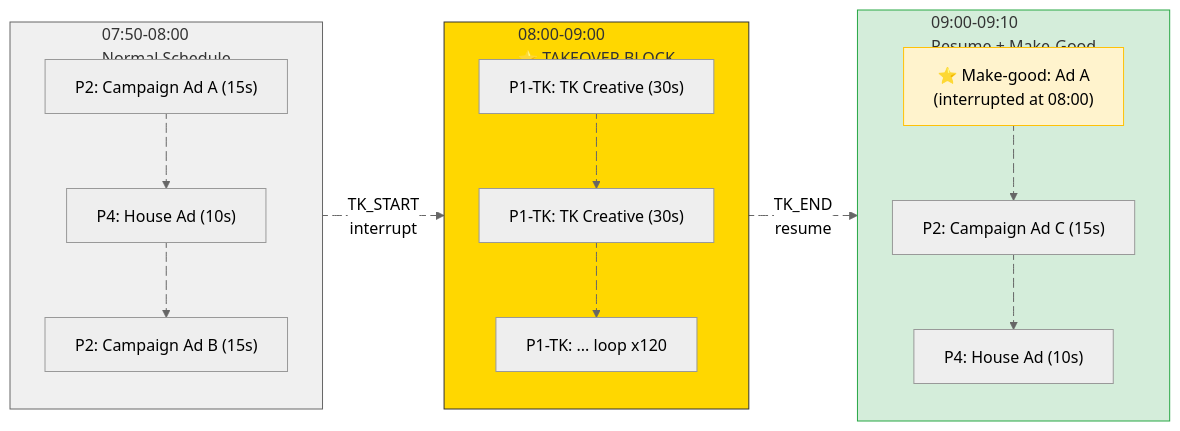
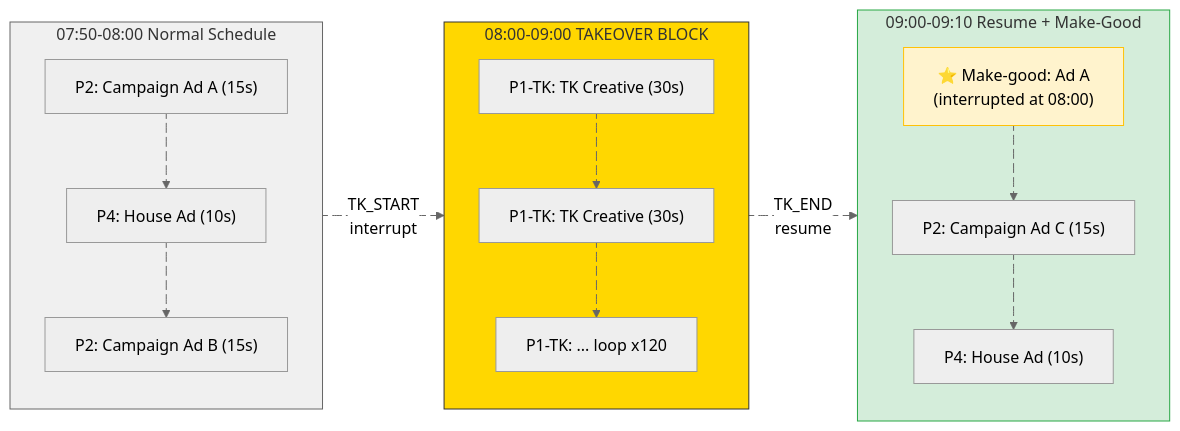
Before and after one commit to wasikarn/jira-generator: the diagram in scripts/diagrams/08-2-takeover-timeline.mmd, drawn with Mermaid (neutral theme). The commit also changed 6 other files, not shown here.

First line of the commit message:
fix: use single-line subgraph titles to prevent node overlap in diagrams

```diff
--- a/scripts/diagrams/08-2-takeover-timeline.mmd
+++ b/scripts/diagrams/08-2-takeover-timeline.mmd
@@ -1,36 +1,36 @@
 flowchart LR
-    subgraph BEFORE["07:50-08:00<br/>Normal Schedule"]
+    subgraph BEFORE["07:50-08:00 Normal Schedule"]
         direction TB
         B1["P2: Campaign Ad A (15s)"]
         B2["P4: House Ad (10s)"]
         B3["P2: Campaign Ad B (15s)"]
         B1 e3@--> B2 e4@--> B3
     end
-    subgraph TK["08:00-09:00<br/>⭐ TAKEOVER BLOCK"]
+    subgraph TK["08:00-09:00 TAKEOVER BLOCK"]
         direction TB
         T1["P1-TK: TK Creative (30s)"]
         T2["P1-TK: TK Creative (30s)"]
         T3["P1-TK: ... loop x120"]
         T1 e5@--> T2 e6@--> T3
     end
-    subgraph AFTER["09:00-09:10<br/>Resume + Make-Good"]
+    subgraph AFTER["09:00-09:10 Resume + Make-Good"]
         direction TB
         A1["⭐ Make-good: Ad A<br/>(interrupted at 08:00)"]
         A2["P2: Campaign Ad C (15s)"]
         A3["P4: House Ad (10s)"]
         A1 e7@--> A2 e8@--> A3
     end
     BEFORE e1@-->|"TK_START<br/>interrupt"| TK
     TK e2@-->|"TK_END<br/>resume"| AFTER
     e1@{ animation: fast }
     e2@{ animation: fast }
     e3@{ animation: fast }
     e4@{ animation: fast }
     e5@{ animation: fast }
     e6@{ animation: fast }
     e7@{ animation: fast }
     e8@{ animation: fast }
     style BEFORE fill:#f0f0f0,stroke:#666
     style TK fill:#ffd700,stroke:#333
     style AFTER fill:#d4edda,stroke:#28a745
     style A1 fill:#fff3cd,stroke:#ffc107
```
